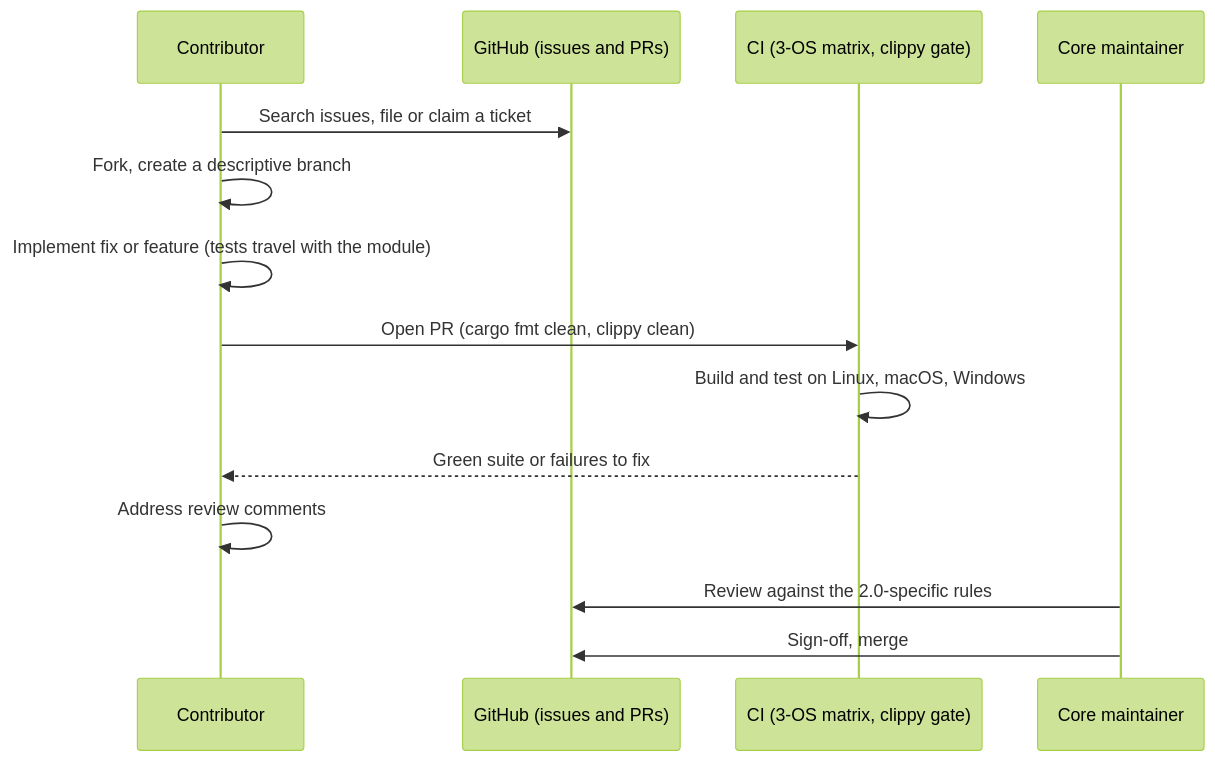
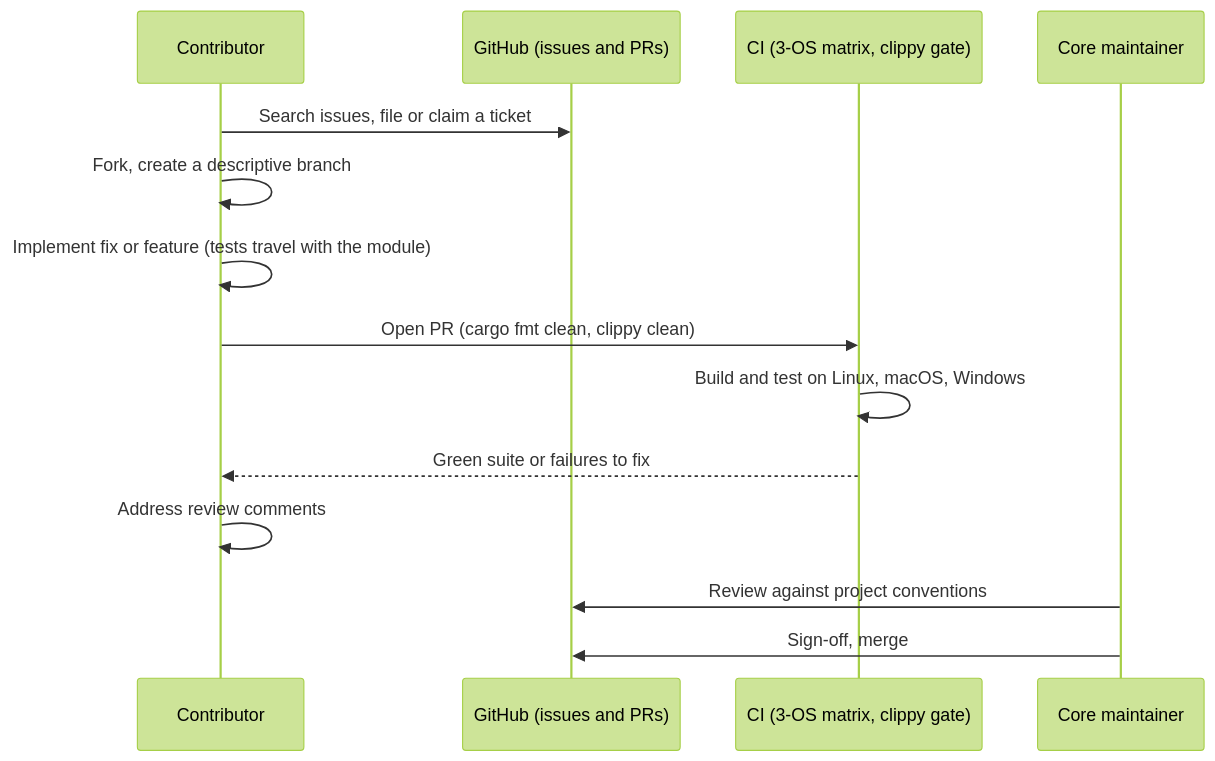
One commit to lionxlover/LionFS changed the diagram in CONTRIBUTING.md. Above: the diagram before and after it, drawn with Mermaid (forest theme). The commit also changed other lines of this file and 426 other files, not shown here.

````diff
--- a/CONTRIBUTING.md
+++ b/CONTRIBUTING.md
@@ -7,16 +7,16 @@
 ```mermaid
 sequenceDiagram
     participant C as Contributor
     participant G as GitHub (issues and PRs)
     participant CI as CI (3-OS matrix, clippy gate)
     participant M as Core maintainer
     C->>G: Search issues, file or claim a ticket
     C->>C: Fork, create a descriptive branch
     C->>C: Implement fix or feature (tests travel with the module)
     C->>CI: Open PR (cargo fmt clean, clippy clean)
     CI->>CI: Build and test on Linux, macOS, Windows
     CI-->>C: Green suite or failures to fix
     C->>C: Address review comments
-    M->>G: Review against the 2.0-specific rules
+    M->>G: Review against project conventions
     M->>G: Sign-off, merge
 ```
````
